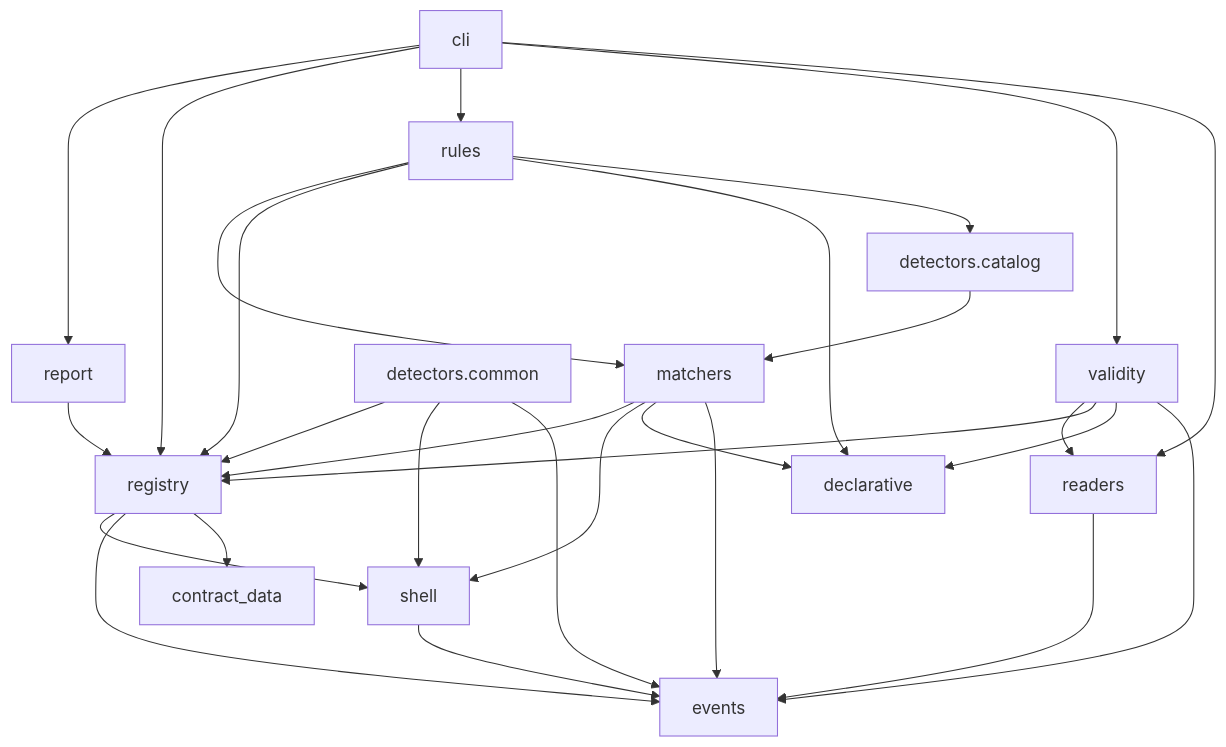
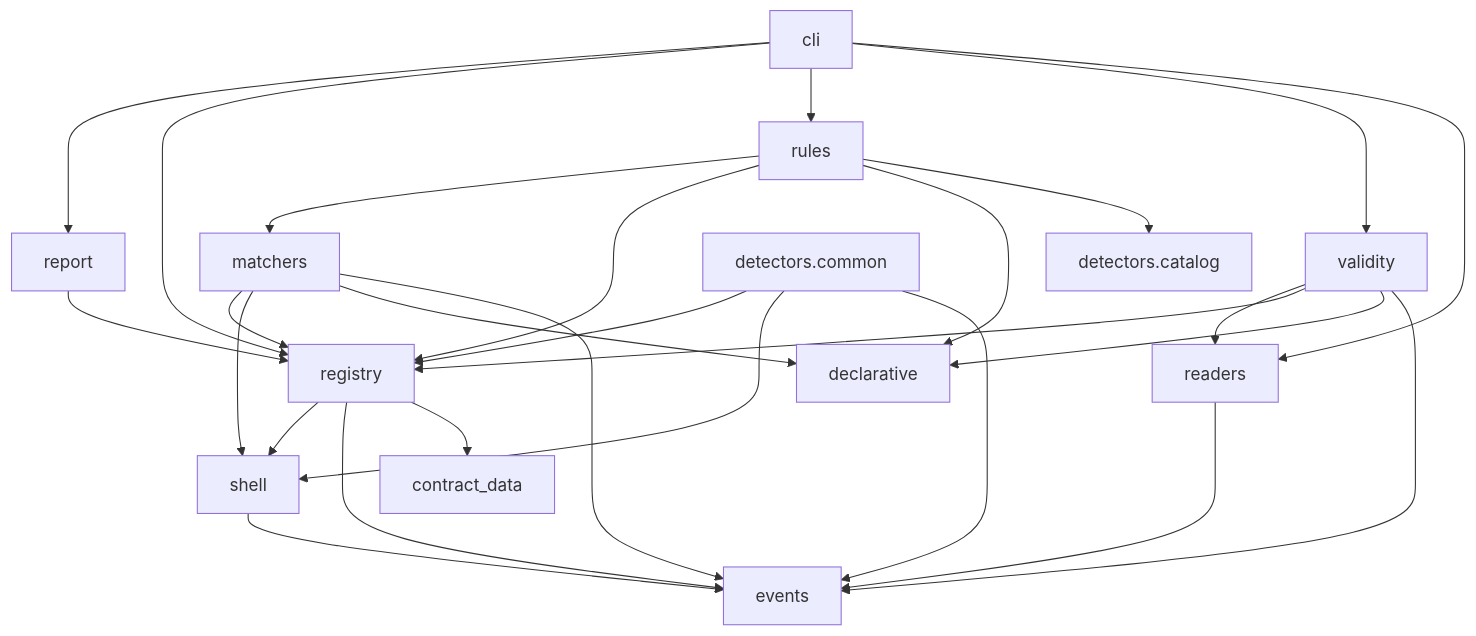
Before and after one commit to JakeSelby/ruleprobe: the second of 3 diagrams in _bmad-output/planning-artifacts/architecture-spines/architecture-ruleprobe-2026-09-23/ARCHITECTURE-SPINE.md, drawn with Mermaid. The commit also changed other lines of this file and 11 other files, not shown here.

First line of the commit message:
feat(detectors): a shipped catalog of common rule shapes, bound by exact-one match

````diff
--- a/_bmad-output/planning-artifacts/architecture-spines/architecture-ruleprobe-2026-09-23/ARCHITECTURE-SPINE.md
+++ b/_bmad-output/planning-artifacts/architecture-spines/architecture-ruleprobe-2026-09-23/ARCHITECTURE-SPINE.md
@@ -93,30 +93,29 @@
 ```mermaid
 flowchart TD
   cli --> report
   cli --> registry
   cli --> rules
   cli --> validity
   cli --> readers
   validity --> readers
   validity --> registry
   validity --> declarative
   validity --> events
   report --> registry
   rules --> matchers
   rules --> registry
   rules --> declarative
   rules --> detectors_catalog[detectors.catalog]
-  detectors_catalog --> matchers
   matchers --> registry
   matchers --> shell
   matchers --> declarative
   matchers --> events
   detectors_common[detectors.common] --> registry
   detectors_common --> shell
   detectors_common --> events
   registry --> shell
   registry --> events
   registry --> contract_data
   shell --> events
   readers --> events
 ```
````
